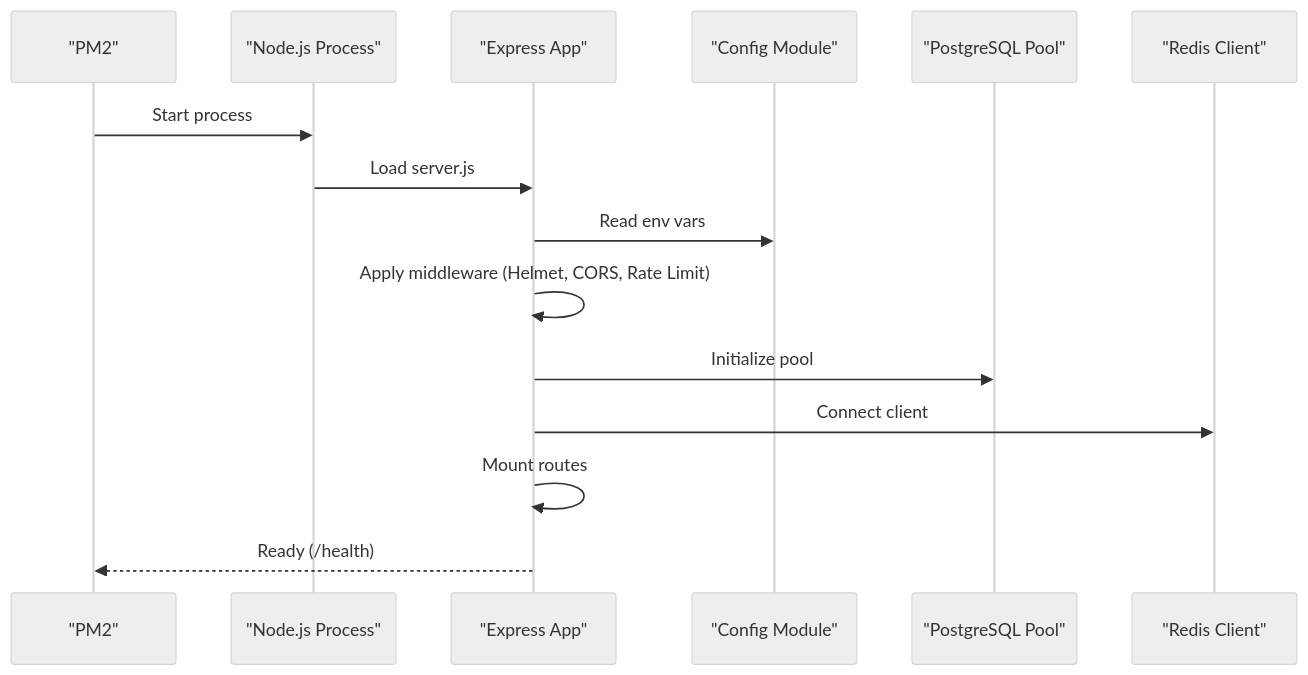
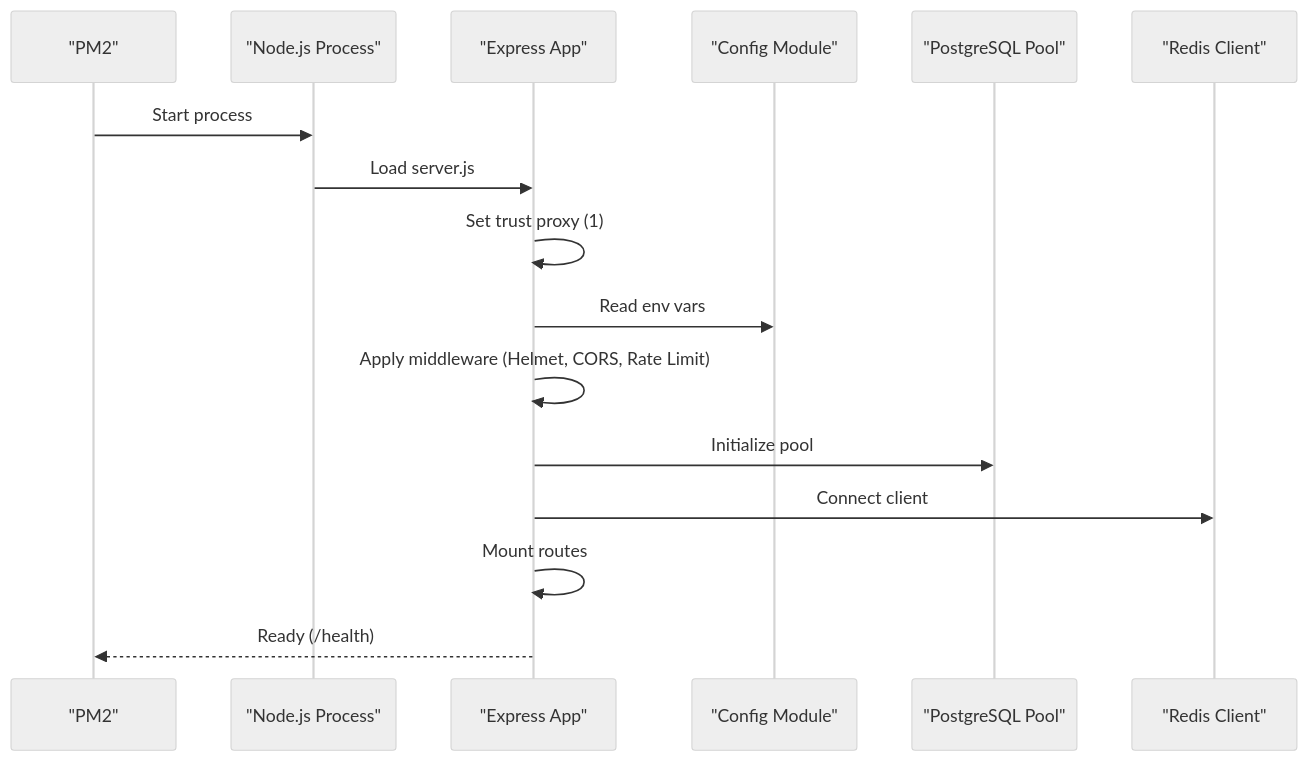
One commit to RunTimeAdmin/AgentID changed the fourth of 6 diagrams in .qoder/repowiki/en/content/Build & Deployment/Build & Deployment.md. Above: the diagram before and after it, drawn with Mermaid (neutral theme). The commit also changed other lines of this file and 31 other files, not shown here.

````diff
--- a/.qoder/repowiki/en/content/Build & Deployment/Build & Deployment.md
+++ b/.qoder/repowiki/en/content/Build & Deployment/Build & Deployment.md
@@ -163,17 +178,18 @@
 ```mermaid
 sequenceDiagram
 participant PM2 as "PM2"
 participant Node as "Node.js Process"
 participant Express as "Express App"
 participant Config as "Config Module"
 participant DB as "PostgreSQL Pool"
 participant Redis as "Redis Client"
 PM2->>Node : Start process
 Node->>Express : Load server.js
+Express->>Express : Set trust proxy (1)
 Express->>Config : Read env vars
 Express->>Express : Apply middleware (Helmet, CORS, Rate Limit)
 Express->>DB : Initialize pool
 Express->>Redis : Connect client
 Express->>Express : Mount routes
 Express-->>PM2 : Ready (/health)
 ```
````
